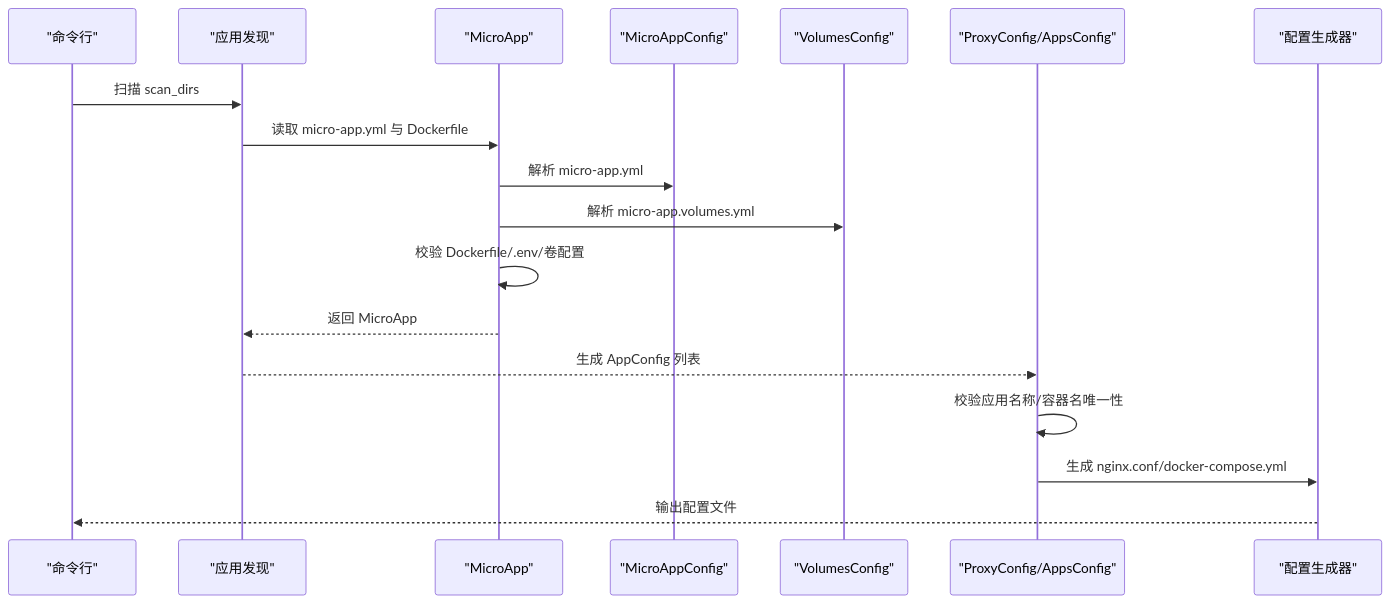
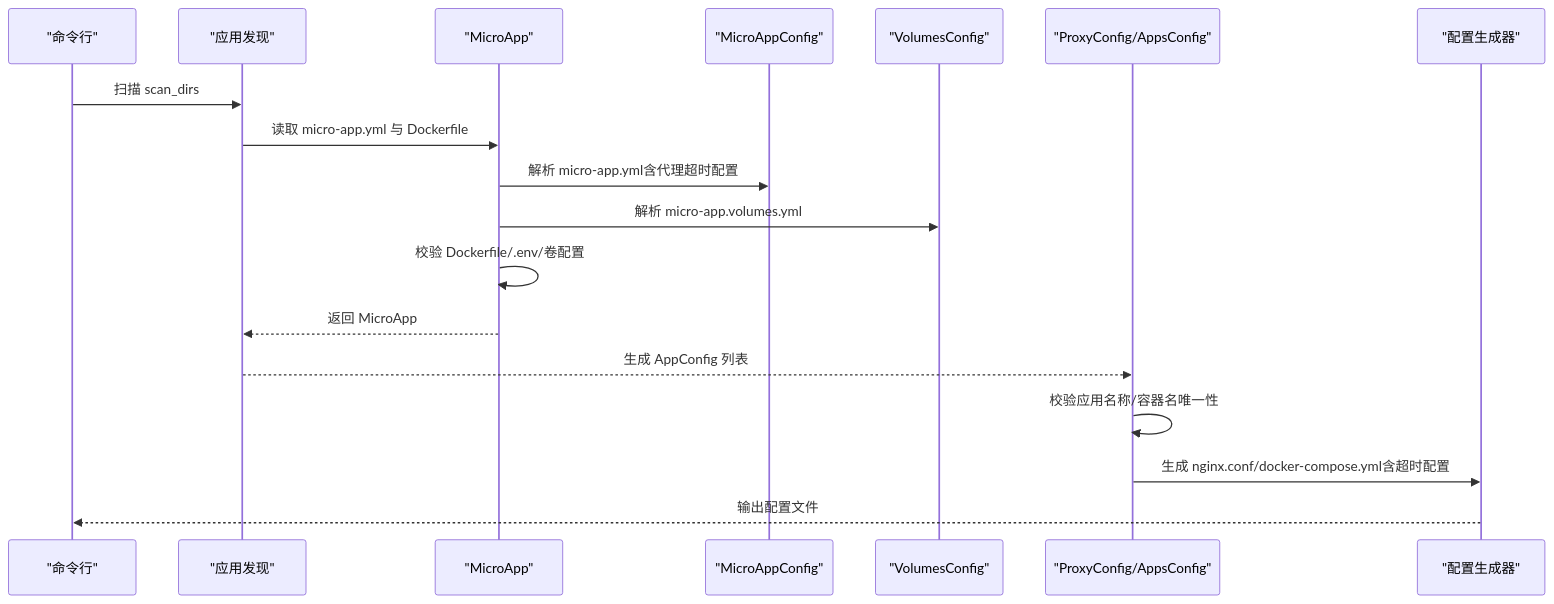
Before and after one commit to cao5zy/proxy-config: the second of 3 diagrams in .qoder/repowiki/zh/content/配置指南/微应用配置.md, drawn with Mermaid. The commit also changed other lines of this file and 5 other files, not shown here.

````diff
--- a/.qoder/repowiki/zh/content/配置指南/微应用配置.md
+++ b/.qoder/repowiki/zh/content/配置指南/微应用配置.md
@@ -77,20 +88,20 @@
 ```mermaid
 sequenceDiagram
 participant CLI as "命令行"
 participant DISC as "应用发现"
 participant MAP as "MicroApp"
 participant MAC as "MicroAppConfig"
 participant VOL as "VolumesConfig"
 participant CFG as "ProxyConfig/AppsConfig"
 participant GEN as "配置生成器"
 CLI->>DISC : 扫描 scan_dirs
 DISC->>MAP : 读取 micro-app.yml 与 Dockerfile
-MAP->>MAC : 解析 micro-app.yml
+MAP->>MAC : 解析 micro-app.yml含代理超时配置
 MAP->>VOL : 解析 micro-app.volumes.yml
 MAP->>MAP : 校验 Dockerfile/.env/卷配置
 MAP-->>DISC : 返回 MicroApp
 DISC-->>CFG : 生成 AppConfig 列表
 CFG->>CFG : 校验应用名称/容器名唯一性
-CFG->>GEN : 生成 nginx.conf/docker-compose.yml
+CFG->>GEN : 生成 nginx.conf/docker-compose.yml含超时配置
 GEN-->>CLI : 输出配置文件
 ```
````
